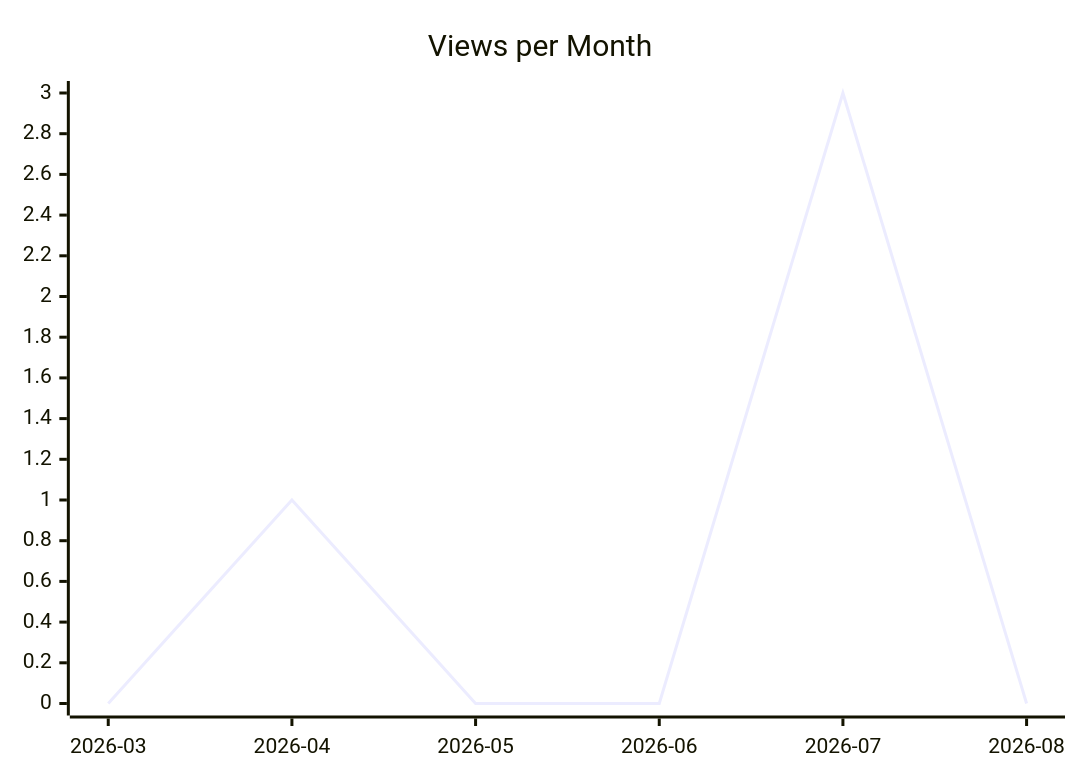
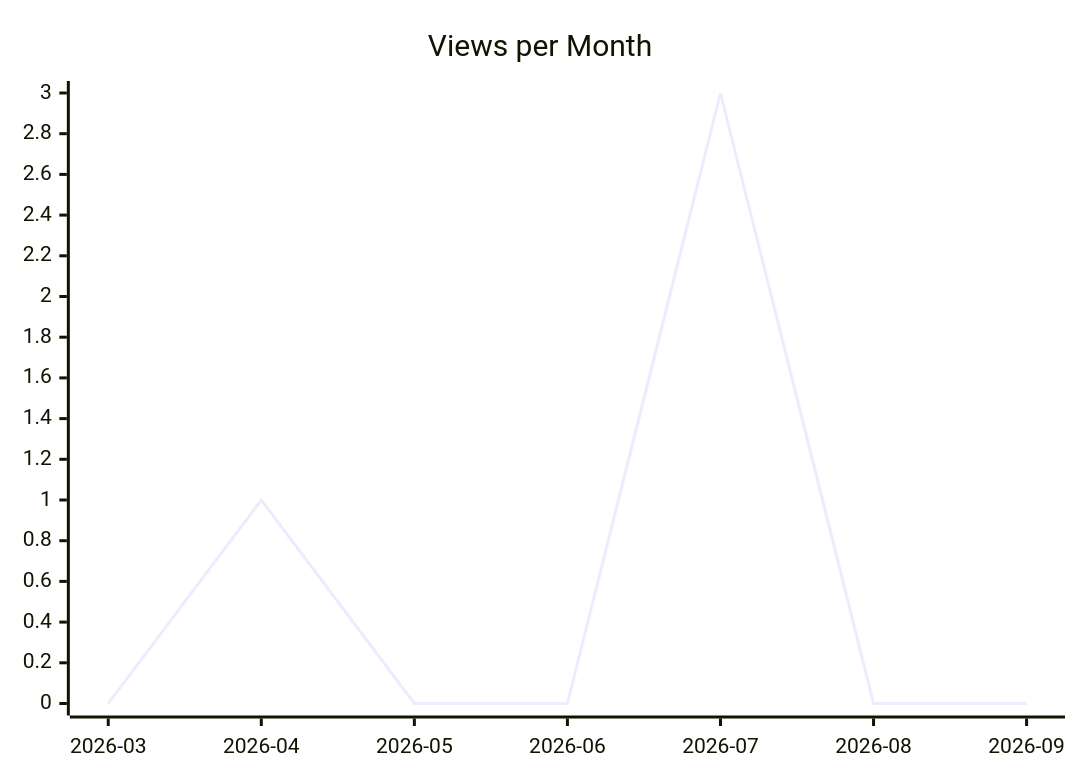
Before and after one commit to justdavis-family/github-analytics-data: the second of 3 diagrams in justdavis-family/github-analytics-data/README.md, drawn with Mermaid. The commit also changed other lines of this file and 191 other files, not shown here.

````diff
--- a/justdavis-family/github-analytics-data/README.md
+++ b/justdavis-family/github-analytics-data/README.md
@@ -12,6 +12,6 @@
 ```mermaid
 xychart-beta
   title "Views per Month"
-  x-axis ["2026-03", "2026-04", "2026-05", "2026-06", "2026-07", "2026-08"]
-  line [0, 1, 0, 0, 3, 0]
+  x-axis ["2026-03", "2026-04", "2026-05", "2026-06", "2026-07", "2026-08", "2026-09"]
+  line [0, 1, 0, 0, 3, 0, 0]
 ```
````
